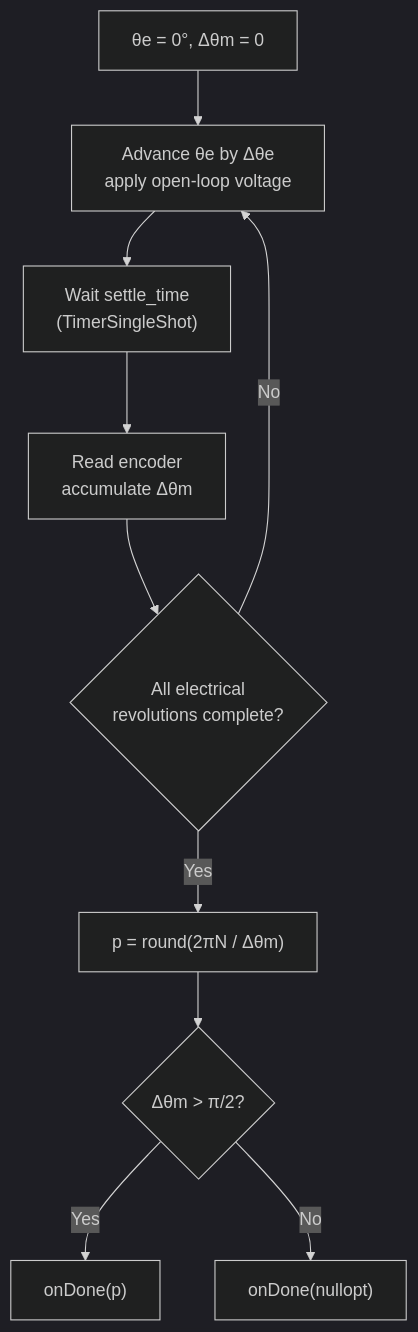
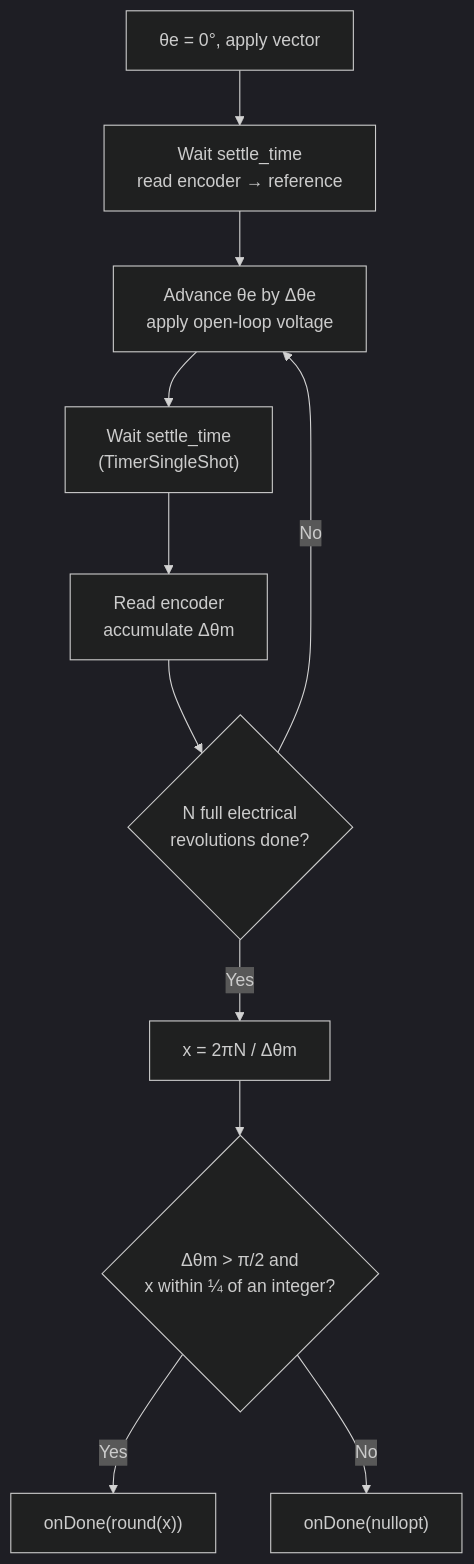
One commit to embedded-pro/e-foc changed the fifth of 5 diagrams in documentation/design/service-electrical-ident.md. Above: the diagram before and after it, drawn with Mermaid (dark theme). The commit also changed other lines of this file and 3 other files, not shown here.

````diff
--- a/documentation/design/service-electrical-ident.md
+++ b/documentation/design/service-electrical-ident.md
@@ -265,12 +274,13 @@
 ```mermaid
 flowchart TD
-    START["θe = 0°, Δθm = 0"] --> STEP["Advance θe by Δθe\napply open-loop voltage"]
+    START["θe = 0°, apply vector"] --> REF["Wait settle_time\nread encoder → reference"]
+    REF --> STEP["Advance θe by Δθe\napply open-loop voltage"]
     STEP --> SETTLE["Wait settle_time\n(TimerSingleShot)"]
     SETTLE --> READ["Read encoder\naccumulate Δθm"]
-    READ --> CHECK{"All electrical\nrevolutions complete?"}
+    READ --> CHECK{"N full electrical\nrevolutions done?"}
     CHECK -->|No| STEP
-    CHECK -->|Yes| CALC["p = round(2πN / Δθm)"]
-    CALC --> VALID{"Δθm > π/2?"}
-    VALID -->|Yes| CB_OK["onDone(p)"]
+    CHECK -->|Yes| CALC["x = 2πN / Δθm"]
+    CALC --> VALID{"Δθm > π/2 and\nx within ¼ of an integer?"}
+    VALID -->|Yes| CB_OK["onDone(round(x))"]
     VALID -->|No| CB_FAIL["onDone(nullopt)"]
 ```
````
